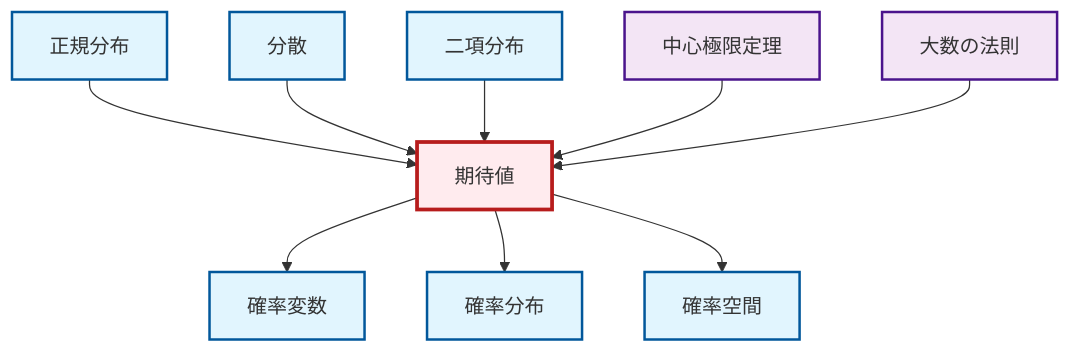
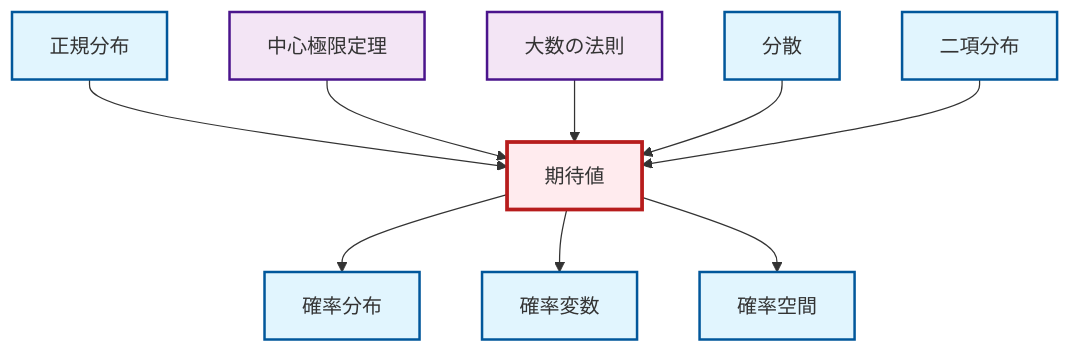
One commit to RK0429/ModernMath changed the diagram in output/mermaid/ja/def-expectation.mermaid. Above: the diagram before and after it, drawn with Mermaid. The commit also changed other lines of this file and 1710 other files, not shown here.

```diff
--- a/output/mermaid/ja/def-expectation.mermaid
+++ b/output/mermaid/ja/def-expectation.mermaid
@@ -1,24 +1,24 @@
 graph TD
     classDef definition fill:#e1f5fe,stroke:#01579b,stroke-width:2px
     classDef theorem fill:#f3e5f5,stroke:#4a148c,stroke-width:2px
     classDef axiom fill:#fff3e0,stroke:#e65100,stroke-width:2px
     classDef example fill:#e8f5e9,stroke:#1b5e20,stroke-width:2px
     classDef current fill:#ffebee,stroke:#b71c1c,stroke-width:3px
+    def-expectation["期待値"]:::definition
+    thm-central-limit["中心極限定理"]:::theorem
+    def-variance["分散"]:::definition
+    def-random-variable["確率変数"]:::definition
+    def-normal-distribution["正規分布"]:::definition
+    def-probability-distribution["確率分布"]:::definition
     def-probability-space["確率空間"]:::definition
-    def-expectation["期待値"]:::definition
     thm-law-of-large-numbers["大数の法則"]:::theorem
-    def-variance["分散"]:::definition
-    def-probability-distribution["確率分布"]:::definition
-    def-normal-distribution["正規分布"]:::definition
-    thm-central-limit["中心極限定理"]:::theorem
     def-binomial-distribution["二項分布"]:::definition
-    def-random-variable["確率変数"]:::definition
     def-normal-distribution --> def-expectation
+    thm-central-limit --> def-expectation
+    def-expectation --> def-probability-distribution
+    thm-law-of-large-numbers --> def-expectation
+    def-expectation --> def-random-variable
+    def-expectation --> def-probability-space
     def-variance --> def-expectation
     def-binomial-distribution --> def-expectation
-    def-expectation --> def-random-variable
-    def-expectation --> def-probability-distribution
-    thm-central-limit --> def-expectation
-    thm-law-of-large-numbers --> def-expectation
-    def-expectation --> def-probability-space
     class def-expectation current
```
